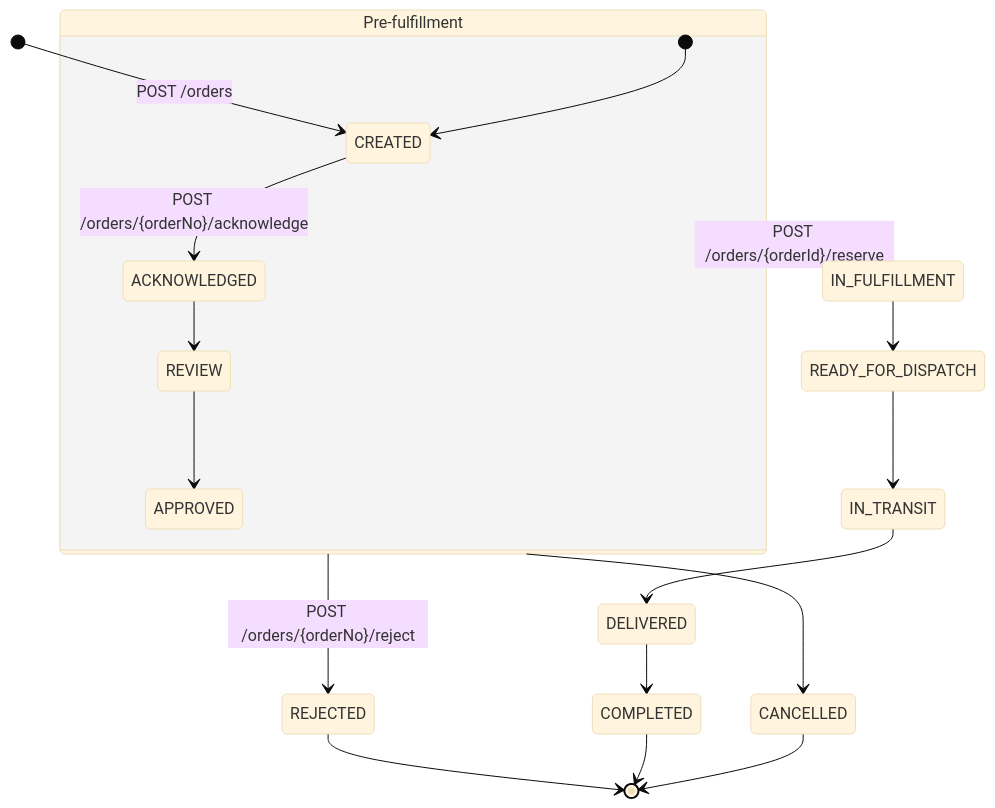
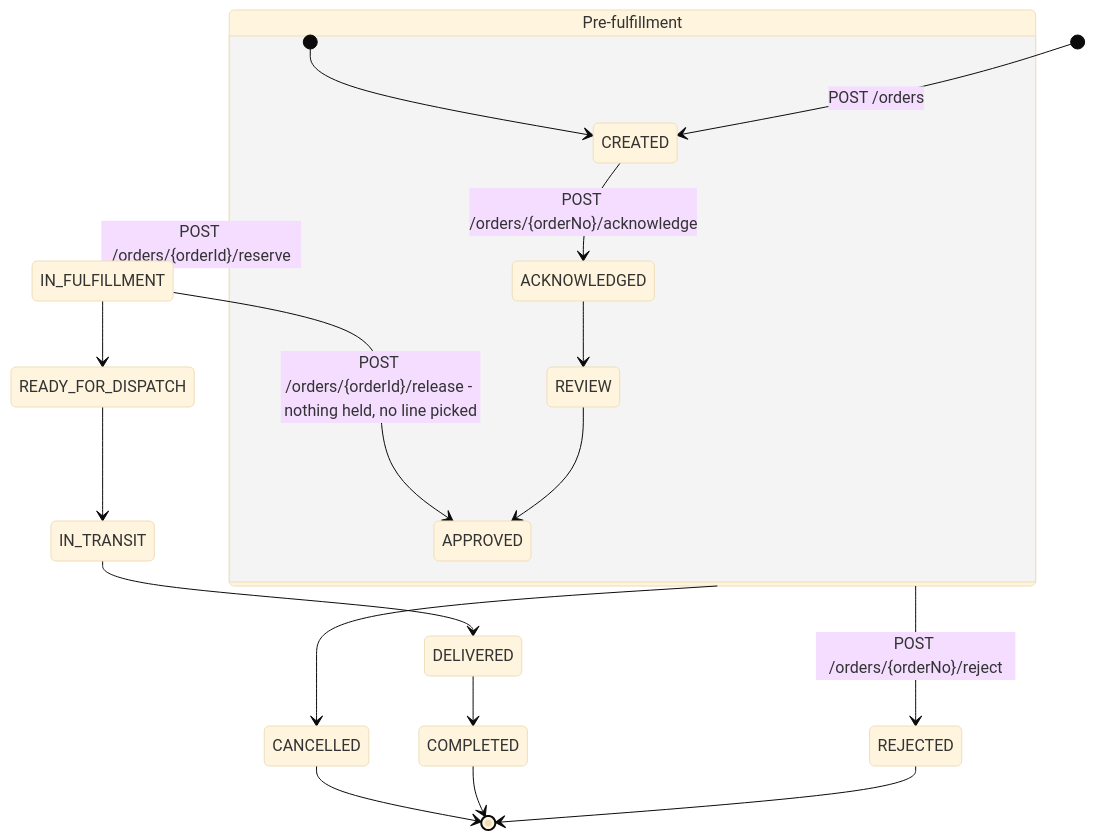
The first of 5 diagrams in README.md (waldifubu/scm-temporal), drawn with Mermaid (base theme) before and after one commit. The commit also changed other lines of this file and 29 other files, not shown here.

````diff
--- a/README.md
+++ b/README.md
@@ -32,25 +34,26 @@
 ```mermaid
 stateDiagram-v2
     [*] --> CREATED : POST /orders
 
     state "Pre-fulfillment" as pre {
         [*] --> CREATED
         CREATED --> ACKNOWLEDGED : POST /orders/{orderNo}/acknowledge
         ACKNOWLEDGED --> REVIEW
         REVIEW --> APPROVED
     }
 
     pre --> REJECTED : POST /orders/{orderNo}/reject
     pre --> IN_FULFILLMENT : POST /orders/{orderId}/reserve
+    IN_FULFILLMENT --> APPROVED : POST /orders/{orderId}/release - nothing held, no line picked
 
     IN_FULFILLMENT --> READY_FOR_DISPATCH
     READY_FOR_DISPATCH --> IN_TRANSIT
     IN_TRANSIT --> DELIVERED
     DELIVERED --> COMPLETED
 
     pre --> CANCELLED
 
     REJECTED --> [*]
     COMPLETED --> [*]
     CANCELLED --> [*]
 ```
````
